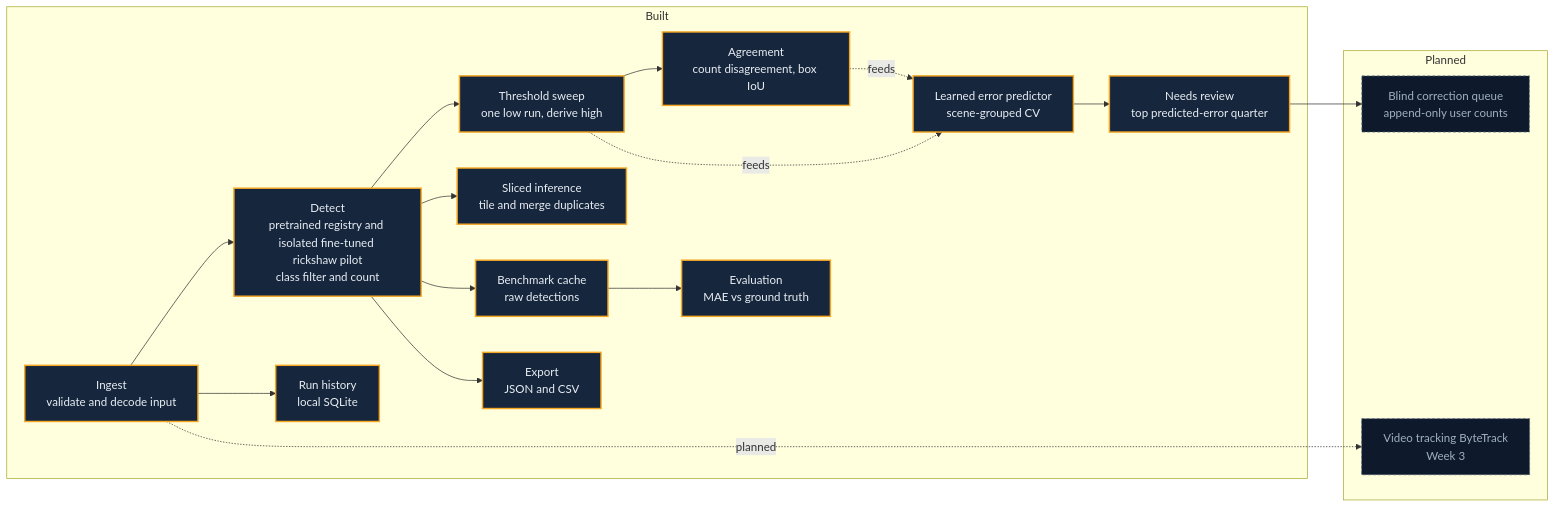
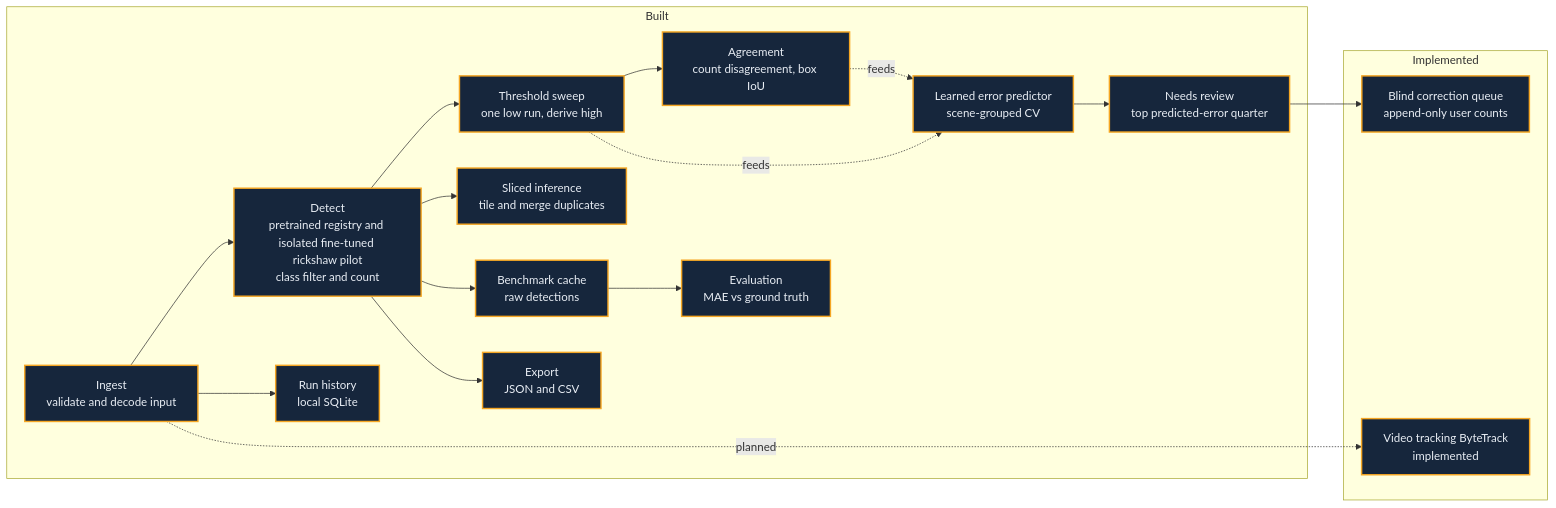
Before and after one commit to bakhtawar7/TrafficLens: the diagram in docs/architecture.md, drawn with Mermaid. The commit also changed other lines of this file, not shown here.

Commit message:
docs: align architecture status with implemented modules

````diff
--- a/docs/architecture.md
+++ b/docs/architecture.md
@@ -17,36 +17,36 @@
 ```mermaid
 flowchart LR
     subgraph BUILT[Built]
         ING[Ingest<br/>validate and decode input]
         DET[Detect<br/>pretrained registry and isolated fine-tuned rickshaw pilot<br/>class filter and count]
         SLC[Sliced inference<br/>tile and merge duplicates]
         SWEEP[Threshold sweep<br/>one low run, derive high]
         AGREE[Agreement<br/>count disagreement, box IoU]
         BM[Benchmark cache<br/>raw detections]
         EVAL[Evaluation<br/>MAE vs ground truth]
         EXP[Export<br/>JSON and CSV]
         PRED[Learned error predictor<br/>scene-grouped CV]
         DEC[Needs review<br/>top predicted-error quarter]
         HIST[Run history<br/>local SQLite]
     end
-    subgraph PLANNED[Planned]
-        VID[Video tracking ByteTrack<br/>Week 3]
+    subgraph IMPLEMENTED[Implemented]
+        VID[Video tracking ByteTrack<br/>implemented]
         REV[Blind correction queue<br/>append-only user counts]
     end
 
     ING --> DET --> SWEEP
     DET --> SLC
     SWEEP --> AGREE
     DET --> BM --> EVAL
     DET --> EXP
     AGREE -. feeds .-> PRED
     SWEEP -. feeds .-> PRED
     PRED --> DEC --> REV
     ING --> HIST
     ING -. planned .-> VID
 
     classDef built fill:#16263c,stroke:#f5a623,stroke-width:2px,color:#e9eef5;
-    classDef planned fill:#0e1a2b,stroke:#5b6b7f,stroke-dasharray:4 3,color:#9fb0c0;
+    classDef implemented fill:#16263c,stroke:#f5a623,stroke-width:2px,color:#e9eef5;
     class ING,DET,SLC,SWEEP,AGREE,BM,EVAL,EXP,PRED,DEC,HIST built;
-    class VID,REV planned;
+    class VID,REV implemented;
 ```
````
